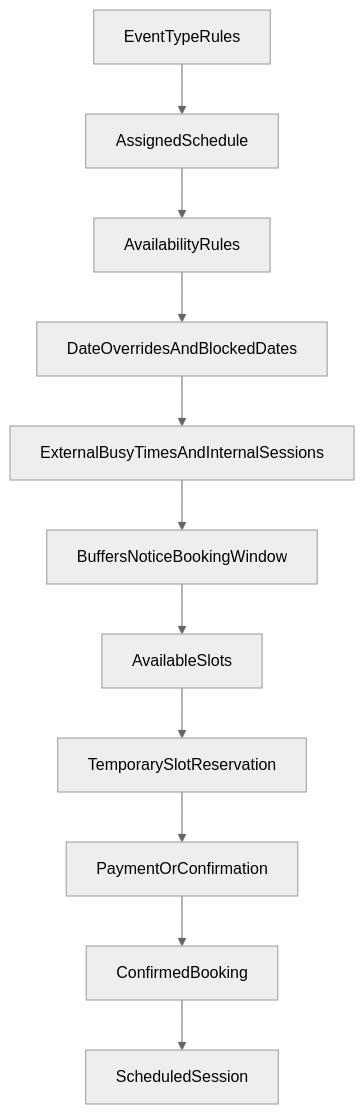
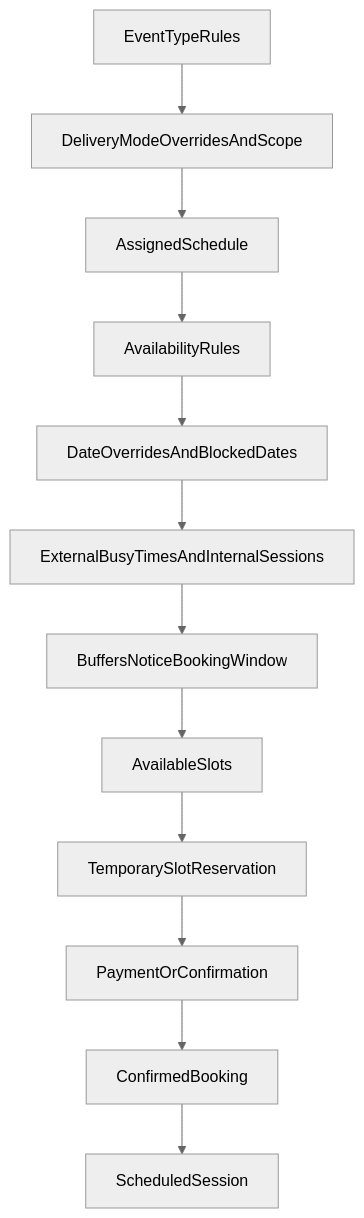
One commit to rodrigobarona/elevacare-monorepo changed the diagram in docs/eleva-v3/scheduling-booking-spec.md. Above: the diagram before and after it, drawn with Mermaid (neutral theme). The commit also changed other lines of this file and 36 other files, not shown here.

````diff
--- a/docs/eleva-v3/scheduling-booking-spec.md
+++ b/docs/eleva-v3/scheduling-booking-spec.md
@@ -244,13 +356,14 @@
 ```mermaid
 flowchart TD
-    eventType[EventTypeRules] --> schedule[AssignedSchedule]
+    eventType[EventTypeRules] --> mode[DeliveryModeOverridesAndScope]
+    mode --> schedule[AssignedSchedule]
     schedule --> availability[AvailabilityRules]
     availability --> overrides[DateOverridesAndBlockedDates]
     overrides --> busy[ExternalBusyTimesAndInternalSessions]
     busy --> rules[BuffersNoticeBookingWindow]
     rules --> slots[AvailableSlots]
     slots --> reserve[TemporarySlotReservation]
     reserve --> pay[PaymentOrConfirmation]
     pay --> booking[ConfirmedBooking]
     booking --> session[ScheduledSession]
 ```
````
